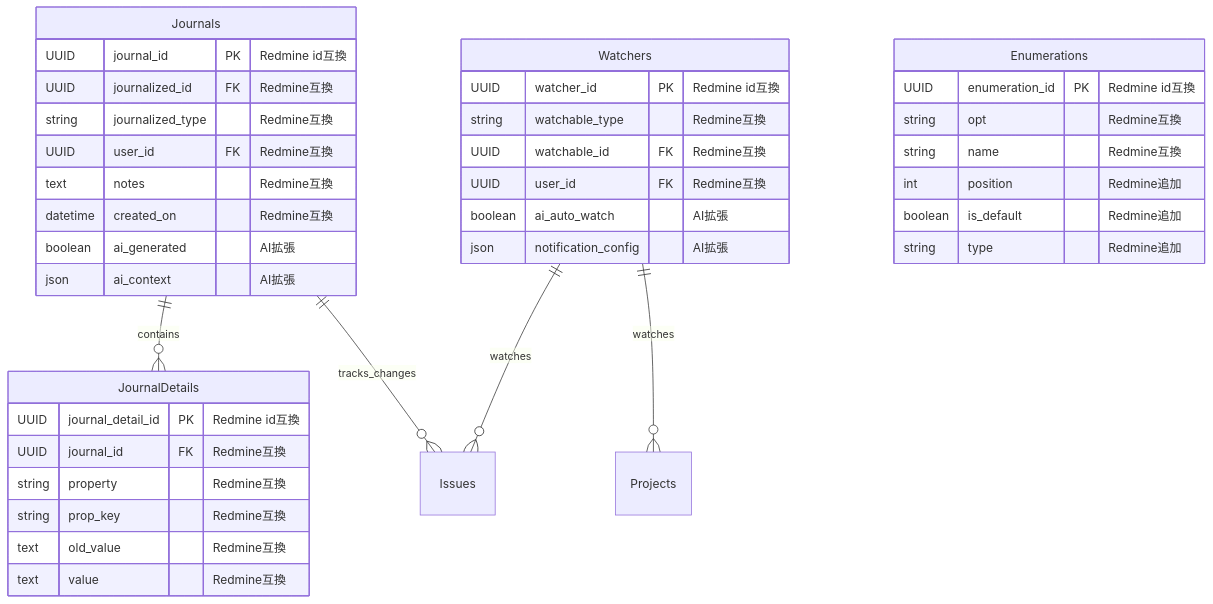
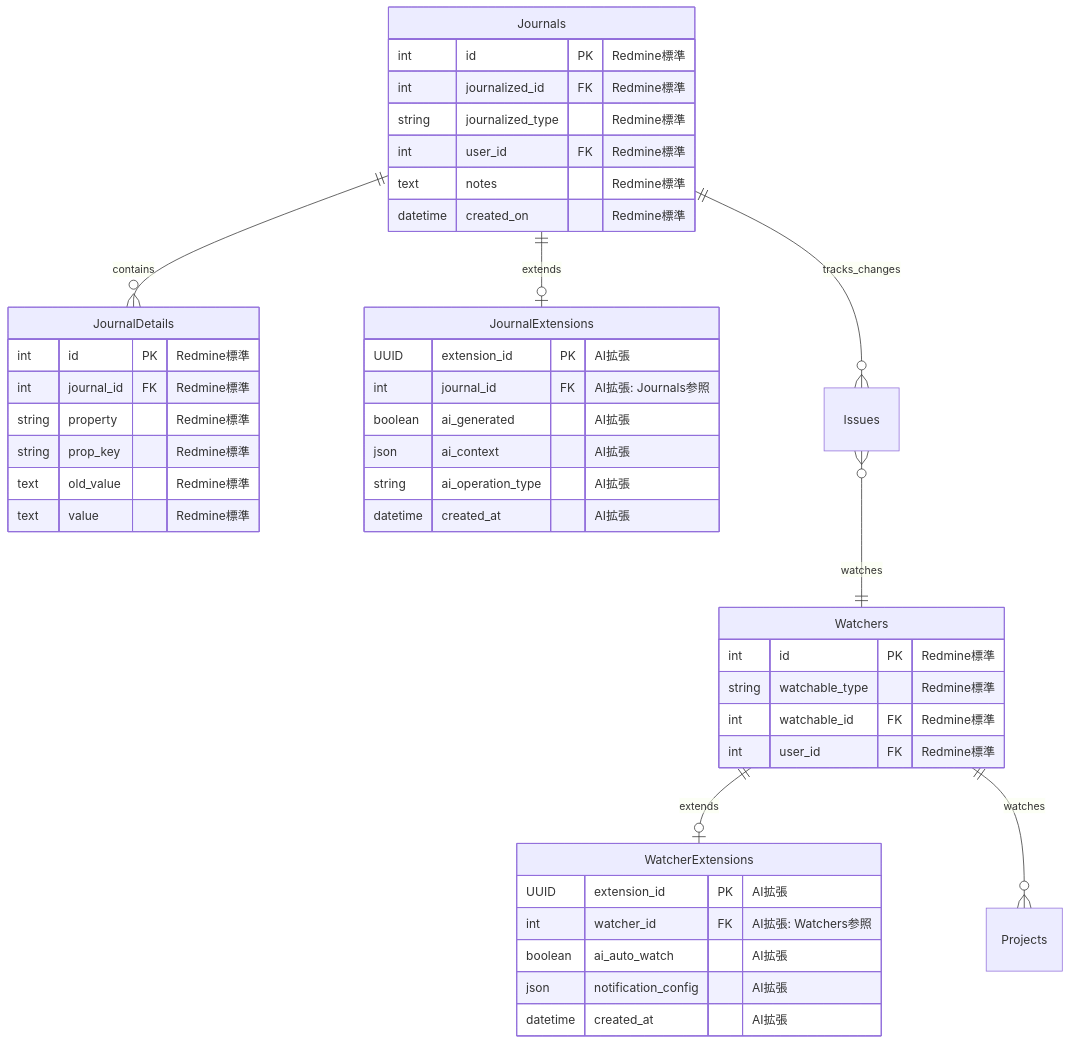
The sixth of 15 diagrams in docs/030000_設計/035000_データ設計/035010_ER図.md (daichiTAAA/AgentOpsPlatform), drawn with Mermaid before and after one commit. The commit also changed other lines of this file, not shown here.

````diff
--- a/docs/030000_設計/035000_データ設計/035010_ER図.md
+++ b/docs/030000_設計/035000_データ設計/035010_ER図.md
@@ -396,45 +437,54 @@
 ```mermaid
 erDiagram
+    %% Redmine標準テーブル（変更なし）
     Journals {
-        UUID journal_id PK "Redmine id互換"
-        UUID journalized_id FK "Redmine互換"
-        string journalized_type "Redmine互換"
-        UUID user_id FK "Redmine互換"
-        text notes "Redmine互換"
-        datetime created_on "Redmine互換"
-        boolean ai_generated "AI拡張"
-        json ai_context "AI拡張"
+        int id PK "Redmine標準"
+        int journalized_id FK "Redmine標準"
+        string journalized_type "Redmine標準"
+        int user_id FK "Redmine標準"
+        text notes "Redmine標準"
+        datetime created_on "Redmine標準"
     }
     
     JournalDetails {
-        UUID journal_detail_id PK "Redmine id互換"
-        UUID journal_id FK "Redmine互換"
-        string property "Redmine互換"
-        string prop_key "Redmine互換"
-        text old_value "Redmine互換"
-        text value "Redmine互換"
+        int id PK "Redmine標準"
+        int journal_id FK "Redmine標準"
+        string property "Redmine標準"
+        string prop_key "Redmine標準"
+        text old_value "Redmine標準"
+        text value "Redmine標準"
     }
     
     Watchers {
-        UUID watcher_id PK "Redmine id互換"
-        string watchable_type "Redmine互換"
-        UUID watchable_id FK "Redmine互換"
-        UUID user_id FK "Redmine互換"
+        int id PK "Redmine標準"
+        string watchable_type "Redmine標準"
+        int watchable_id FK "Redmine標準"
+        int user_id FK "Redmine標準"
+    }
+    
+    %% AI拡張テーブル（新規追加）
+    JournalExtensions {
+        UUID extension_id PK "AI拡張"
+        int journal_id FK "AI拡張: Journals参照"
+        boolean ai_generated "AI拡張"
+        json ai_context "AI拡張"
+        string ai_operation_type "AI拡張"
+        datetime created_at "AI拡張"
+    }
+    
+    WatcherExtensions {
+        UUID extension_id PK "AI拡張"
+        int watcher_id FK "AI拡張: Watchers参照"
         boolean ai_auto_watch "AI拡張"
         json notification_config "AI拡張"
+        datetime created_at "AI拡張"
     }
     
-    Enumerations {
-        UUID enumeration_id PK "Redmine id互換"
-        string opt "Redmine互換"
-        string name "Redmine互換"
-        int position "Redmine追加"
-        boolean is_default "Redmine追加"
-        string type "Redmine追加"
-    }
-    
+    %% 関係性
+    Journals ||--o| JournalExtensions : extends
+    Watchers ||--o| WatcherExtensions : extends
     Journals ||--o{ JournalDetails : contains
     Journals ||--o{ Issues : tracks_changes
-    Watchers ||--o{ Issues : watches
+    Issues }o--|| Watchers : watches
     Watchers ||--o{ Projects : watches
 ```
````
